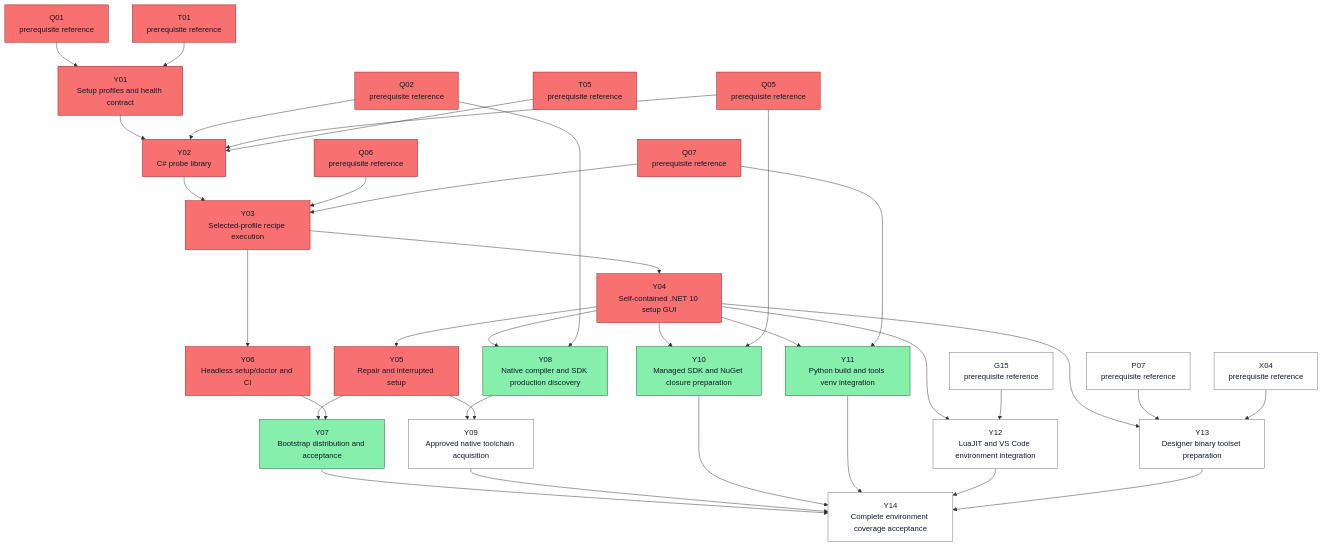
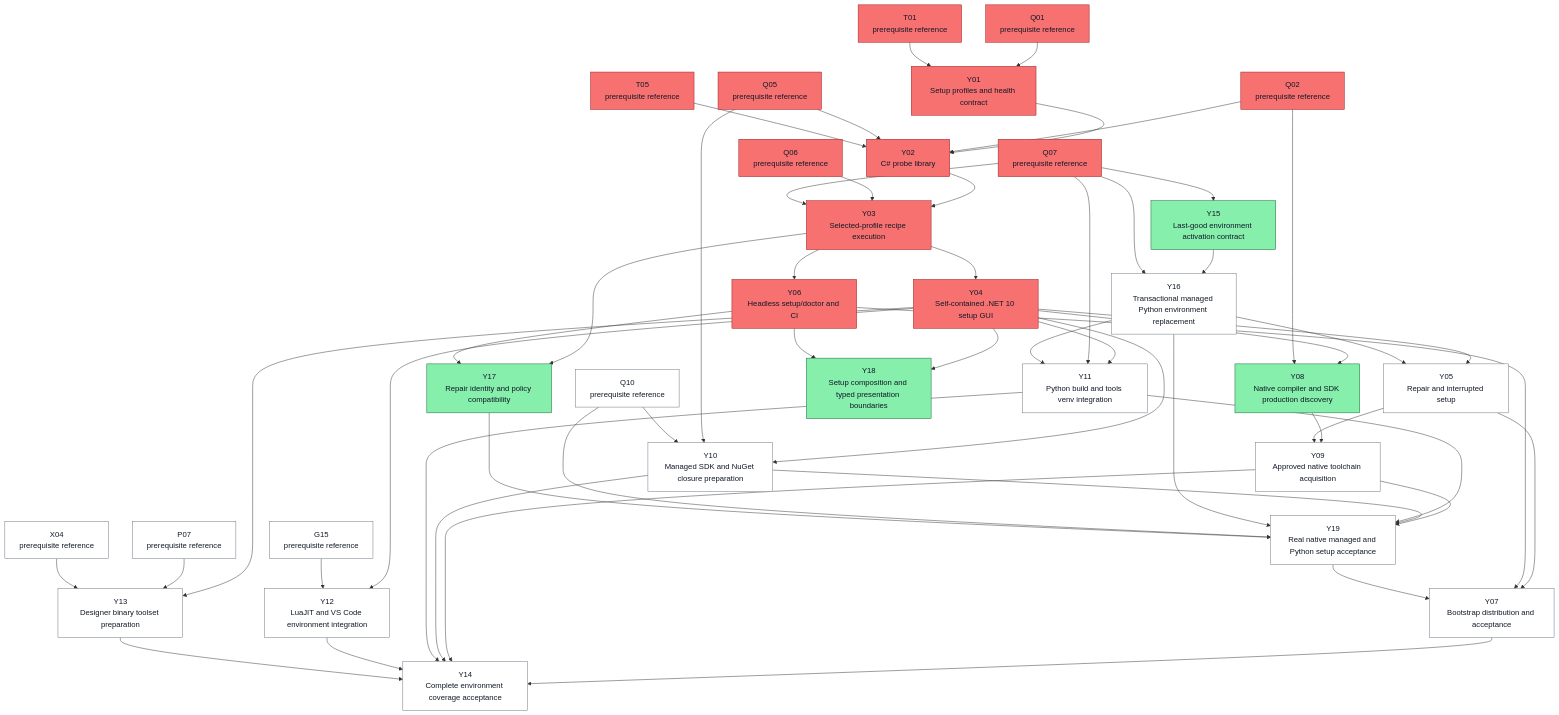
Before and after one commit to ocarizr/spaceraiders: diagram 26 of 27 in docs/task-dependencies.md, drawn with Mermaid. The commit also changed other lines of this file and 9 other files, not shown here.

```diff
--- a/docs/task-dependencies.md
+++ b/docs/task-dependencies.md
@@ -1408,6 +1579,7 @@
     ref_Y_Q05["Q05<br/>prerequisite reference"]:::done
     ref_Y_Q06["Q06<br/>prerequisite reference"]:::done
     ref_Y_Q07["Q07<br/>prerequisite reference"]:::done
+    ref_Y_Q10["Q10<br/>prerequisite reference"]:::pending
     ref_Y_T01["T01<br/>prerequisite reference"]:::done
     ref_Y_T05["T05<br/>prerequisite reference"]:::done
     ref_Y_X04["X04<br/>prerequisite reference"]:::pending
@@ -1415,16 +1587,21 @@
     Y02["Y02<br/>C# probe library"]:::done
     Y03["Y03<br/>Selected-profile recipe execution"]:::done
     Y04["Y04<br/>Self-contained .NET 10 setup GUI"]:::done
-    Y05["Y05<br/>Repair and interrupted setup"]:::done
+    Y05["Y05<br/>Repair and interrupted setup"]:::pending
     Y06["Y06<br/>Headless setup/doctor and CI"]:::done
-    Y07["Y07<br/>Bootstrap distribution and acceptance"]:::ready
+    Y07["Y07<br/>Bootstrap distribution and acceptance"]:::pending
     Y08["Y08<br/>Native compiler and SDK production discovery"]:::ready
     Y09["Y09<br/>Approved native toolchain acquisition"]:::pending
-    Y10["Y10<br/>Managed SDK and NuGet closure preparation"]:::ready
-    Y11["Y11<br/>Python build and tools venv integration"]:::ready
+    Y10["Y10<br/>Managed SDK and NuGet closure preparation"]:::pending
+    Y11["Y11<br/>Python build and tools venv integration"]:::pending
     Y12["Y12<br/>LuaJIT and VS Code environment integration"]:::pending
     Y13["Y13<br/>Designer binary toolset preparation"]:::pending
     Y14["Y14<br/>Complete environment coverage acceptance"]:::pending
+    Y15["Y15<br/>Last-good environment activation contract"]:::ready
+    Y16["Y16<br/>Transactional managed Python environment replacement"]:::pending
+    Y17["Y17<br/>Repair identity and policy compatibility"]:::ready
+    Y18["Y18<br/>Setup composition and typed presentation boundaries"]:::ready
+    Y19["Y19<br/>Real native managed and Python setup acceptance"]:::pending
     ref_Y_Q01 --> Y01
     ref_Y_T01 --> Y01
     Y01 --> Y02
@@ -1436,17 +1613,21 @@
     ref_Y_Q07 --> Y03
     Y03 --> Y04
     Y04 --> Y05
+    Y16 --> Y05
     Y03 --> Y06
     Y05 --> Y07
     Y06 --> Y07
+    Y19 --> Y07
     Y04 --> Y08
     ref_Y_Q02 --> Y08
     Y08 --> Y09
     Y05 --> Y09
     Y04 --> Y10
     ref_Y_Q05 --> Y10
+    ref_Y_Q10 --> Y10
     Y04 --> Y11
     ref_Y_Q07 --> Y11
+    Y16 --> Y11
     Y04 --> Y12
     ref_Y_G15 --> Y12
     Y04 --> Y13
@@ -1458,6 +1639,19 @@
     Y11 --> Y14
     Y12 --> Y14
     Y13 --> Y14
+    ref_Y_Q07 --> Y15
+    Y15 --> Y16
+    ref_Y_Q07 --> Y16
+    Y03 --> Y17
+    Y06 --> Y17
+    Y04 --> Y18
+    Y06 --> Y18
+    Y09 --> Y19
+    Y10 --> Y19
+    Y11 --> Y19
+    Y16 --> Y19
+    ref_Y_Q10 --> Y19
+    Y17 --> Y19
     classDef pending fill:#ffffff,stroke:#6b7280,color:#111827
     classDef ready fill:#86efac,stroke:#166534,color:#111827
     classDef done fill:#f87171,stroke:#991b1b,color:#111827
```
